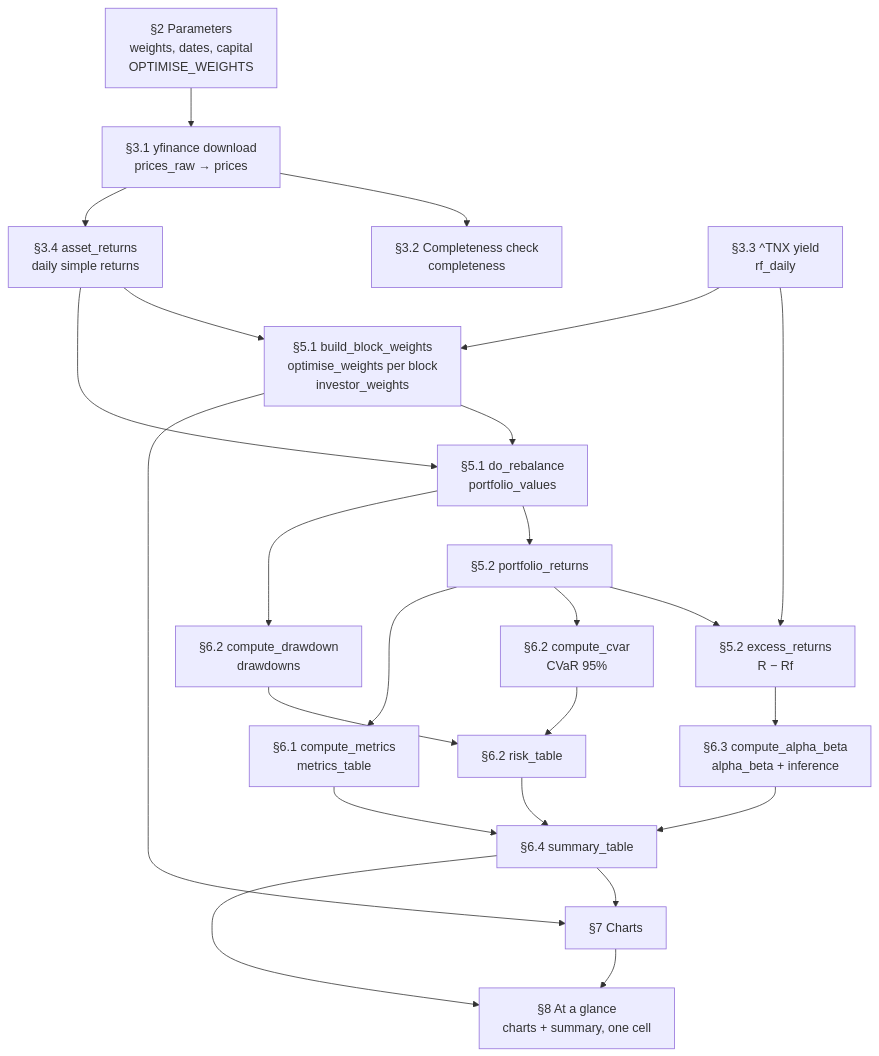
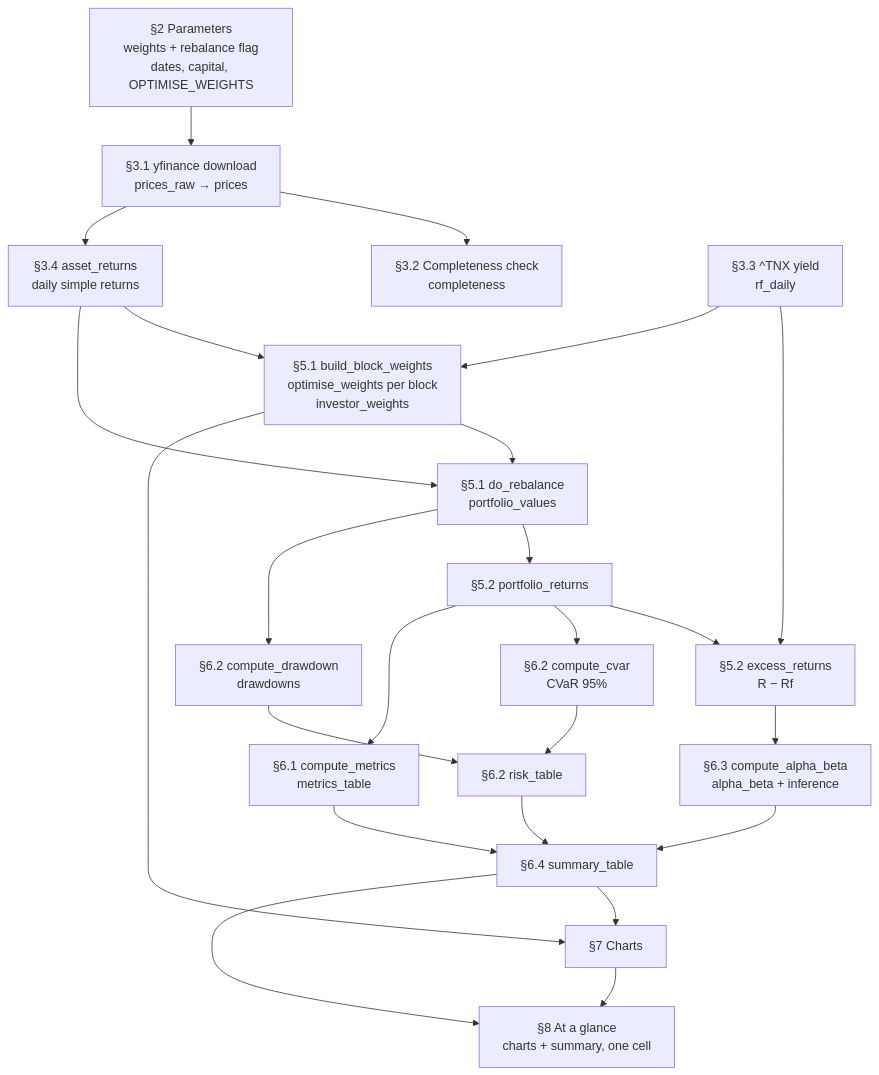
The diagram in QF600/Assignment 1 - Compute Alpha/README.md (cyee02/MQF), drawn with Mermaid before and after one commit. The commit also changed other lines of this file and 1 other file, not shown here.

````diff
--- a/QF600/Assignment 1 - Compute Alpha/README.md
+++ b/QF600/Assignment 1 - Compute Alpha/README.md
@@ -31,26 +33,26 @@
 ```mermaid
 flowchart TD
-    P[§2 Parameters<br/>weights, dates, capital<br/>OPTIMISE_WEIGHTS] --> D[§3.1 yfinance download<br/>prices_raw → prices]
+    P[§2 Parameters<br/>weights + rebalance flag<br/>dates, capital, OPTIMISE_WEIGHTS] --> D[§3.1 yfinance download<br/>prices_raw → prices]
     D --> V[§3.2 Completeness check<br/>completeness]
     D --> R[§3.4 asset_returns<br/>daily simple returns]
     T[§3.3 ^TNX yield<br/>rf_daily] --> E
     R --> W[§5.1 build_block_weights<br/>optimise_weights per block<br/>investor_weights]
     T --> W
     W --> B[§5.1 do_rebalance<br/>portfolio_values]
     R --> B
     W --> C
     B --> Q[§5.2 portfolio_returns]
     Q --> E[§5.2 excess_returns<br/>R − Rf]
     B --> DD[§6.2 compute_drawdown<br/>drawdowns]
     Q --> CV[§6.2 compute_cvar<br/>CVaR 95%]
     DD --> RT[§6.2 risk_table]
     CV --> RT
     Q --> M[§6.1 compute_metrics<br/>metrics_table]
     E --> A[§6.3 compute_alpha_beta<br/>alpha_beta + inference]
     M --> S[§6.4 summary_table]
     RT --> S
     A --> S
     S --> C[§7 Charts]
     S --> G[§8 At a glance<br/>charts + summary, one cell]
     C --> G
 ```
````
